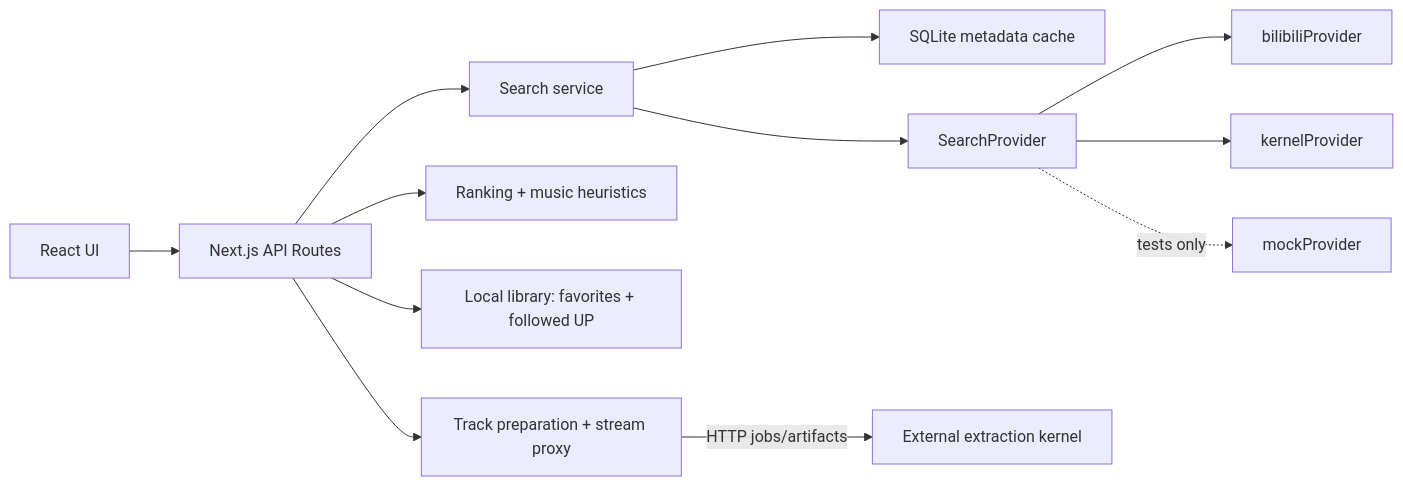
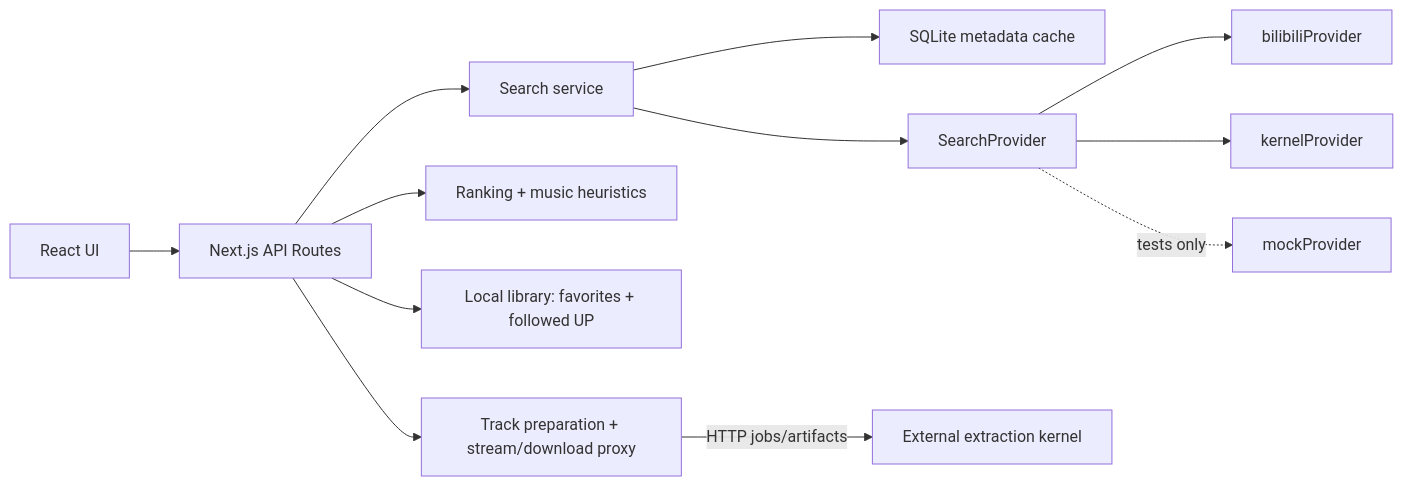
Before and after one commit to ftweg2/b-music: the diagram in bili-music-app/src/docs/ARCHITECTURE.md, drawn with Mermaid. The commit also changed other lines of this file and 44 other files, not shown here.

````diff
--- a/bili-music-app/src/docs/ARCHITECTURE.md
+++ b/bili-music-app/src/docs/ARCHITECTURE.md
@@ -5,14 +5,14 @@
 ```mermaid
 flowchart LR
   UI["React UI"] --> Routes["Next.js API Routes"]
   Routes --> Search["Search service"]
   Search --> Cache["SQLite metadata cache"]
   Search --> Provider["SearchProvider"]
   Provider --> Bili["bilibiliProvider"]
   Provider --> KernelSearch["kernelProvider"]
   Provider -. tests only .-> Mock["mockProvider"]
   Routes --> Ranker["Ranking + music heuristics"]
   Routes --> Library["Local library: favorites + followed UP"]
-  Routes --> Tracks["Track preparation + stream proxy"]
+  Routes --> Tracks["Track preparation + stream/download proxy"]
   Tracks -- HTTP jobs/artifacts --> Kernel["External extraction kernel"]
 ```
````
